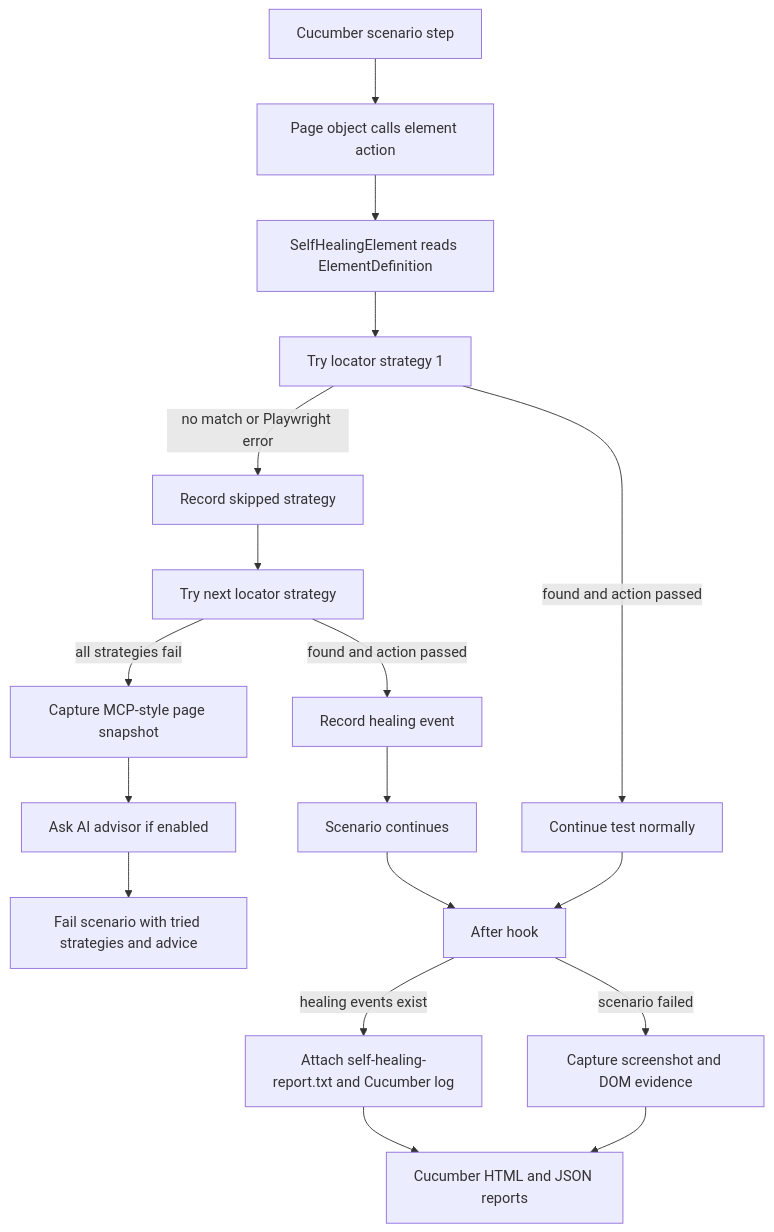
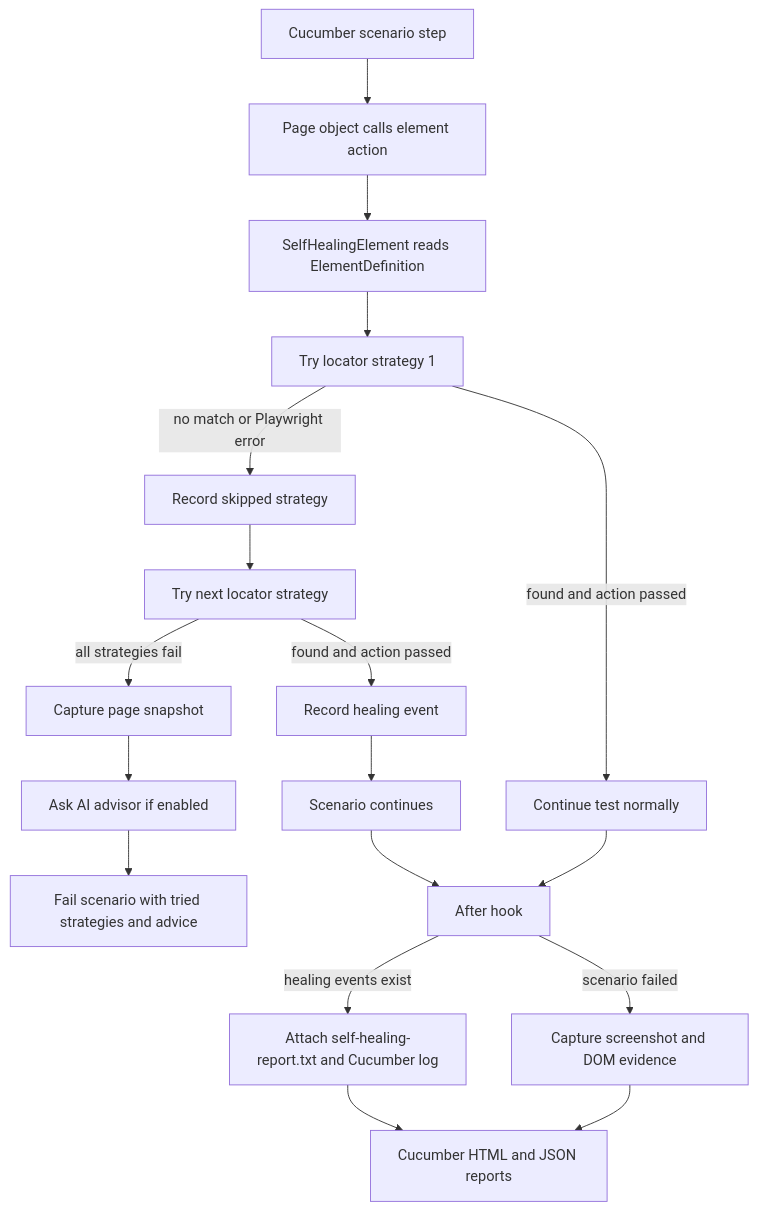
Before and after one commit to karthees05/playwright-self-healing: the first of 2 diagrams in README.md, drawn with Mermaid. The commit also changed other lines of this file and 4 other files, not shown here.

````diff
--- a/README.md
+++ b/README.md
@@ -53,20 +53,20 @@
 ```mermaid
 flowchart TD
     A[Cucumber scenario step] --> B[Page object calls element action]
     B --> C[SelfHealingElement reads ElementDefinition]
     C --> D[Try locator strategy 1]
     D -->|found and action passed| E[Continue test normally]
     D -->|no match or Playwright error| F[Record skipped strategy]
     F --> G[Try next locator strategy]
     G -->|found and action passed| H[Record healing event]
     H --> I[Scenario continues]
-    G -->|all strategies fail| J[Capture MCP-style page snapshot]
+    G -->|all strategies fail| J[Capture page snapshot]
     J --> K[Ask AI advisor if enabled]
     K --> L[Fail scenario with tried strategies and advice]
     I --> M[After hook]
     E --> M
     M -->|healing events exist| N[Attach self-healing-report.txt and Cucumber log]
     M -->|scenario failed| O[Capture screenshot and DOM evidence]
     N --> P[Cucumber HTML and JSON reports]
     O --> P
 ```
````
